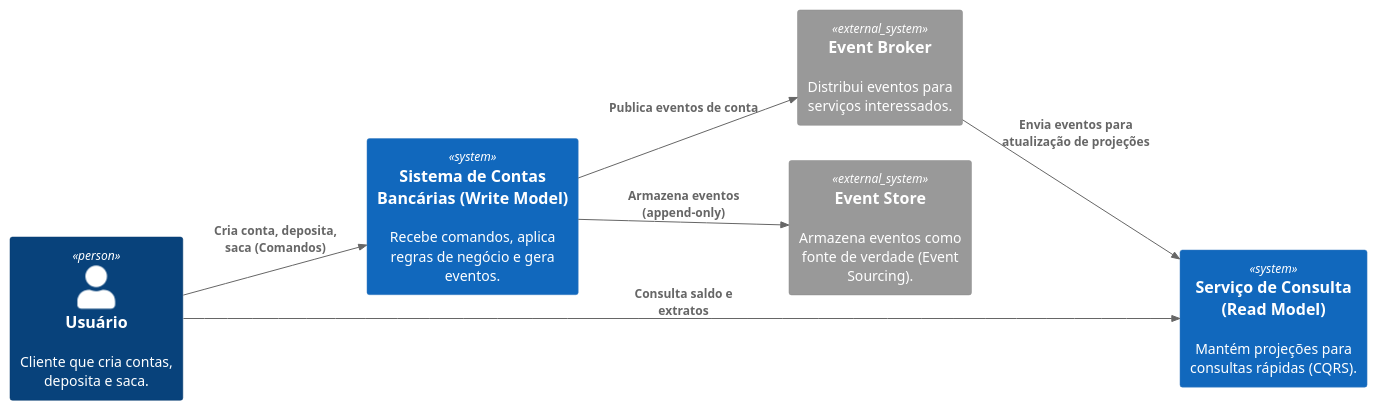
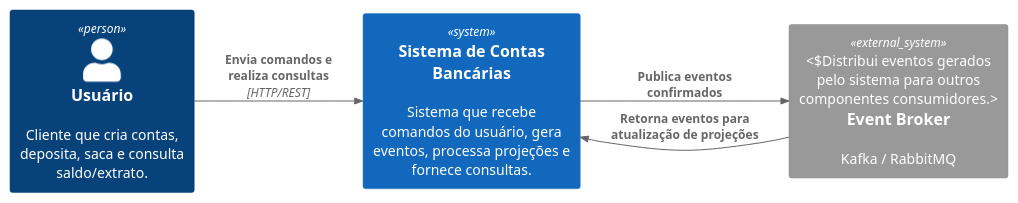
The diagram in diagrams/context.puml (KaykyRocha016/BesBank), drawn with PlantUML before and after one commit.

Commit message:
chore: update context diagram (c1)

```diff
--- a/diagrams/context.puml
+++ b/diagrams/context.puml
@@ -1,22 +1,16 @@
 @startuml
 !include https://raw.githubusercontent.com/plantuml-stdlib/C4-PlantUML/master/C4_Context.puml
 
 LAYOUT_LEFT_RIGHT()
 
-Person(user, "Usuário", "Cliente que cria contas, deposita e saca.")
+Person(user, "Usuário", "Cliente que cria contas, deposita, saca e consulta saldo/extrato.")
 
-System(system, "Sistema de Contas Bancárias (Write Model)", "Recebe comandos, aplica regras de negócio e gera eventos.")
+System(bankingSystem, "Sistema de Contas Bancárias", "Sistema que recebe comandos do usuário, gera eventos, processa projeções e fornece consultas.")
 
-System_Ext(broker, "Event Broker", "Distribui eventos para serviços interessados.")
+System_Ext(eventBroker, "Event Broker", "Kafka / RabbitMQ", "Distribui eventos gerados pelo sistema para outros componentes consumidores.")
 
-System_Ext(store, "Event Store", "Armazena eventos como fonte de verdade (Event Sourcing).")
-
-System(readModel, "Serviço de Consulta (Read Model)", "Mantém projeções para consultas rápidas (CQRS).")
-
-Rel(user, system, "Cria conta, deposita, saca (Comandos)")
-Rel(system, broker, "Publica eventos de conta")
-Rel(system, store, "Armazena eventos (append-only)")
-Rel(broker, readModel, "Envia eventos para atualização de projeções")
-Rel(user, readModel, "Consulta saldo e extratos")
+Rel(user, bankingSystem, "Envia comandos e realiza consultas", "HTTP/REST")
+Rel(bankingSystem, eventBroker, "Publica eventos confirmados")
+Rel(eventBroker, bankingSystem, "Retorna eventos para atualização de projeções")
 
 @enduml
```
